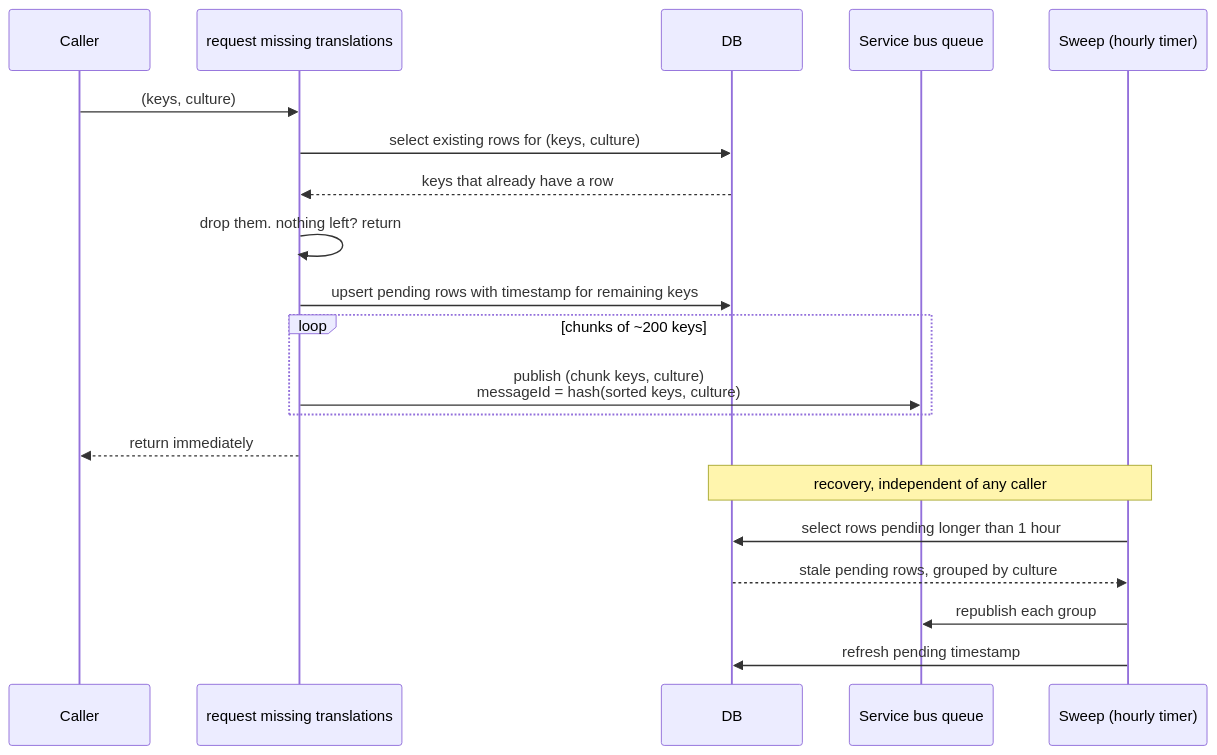
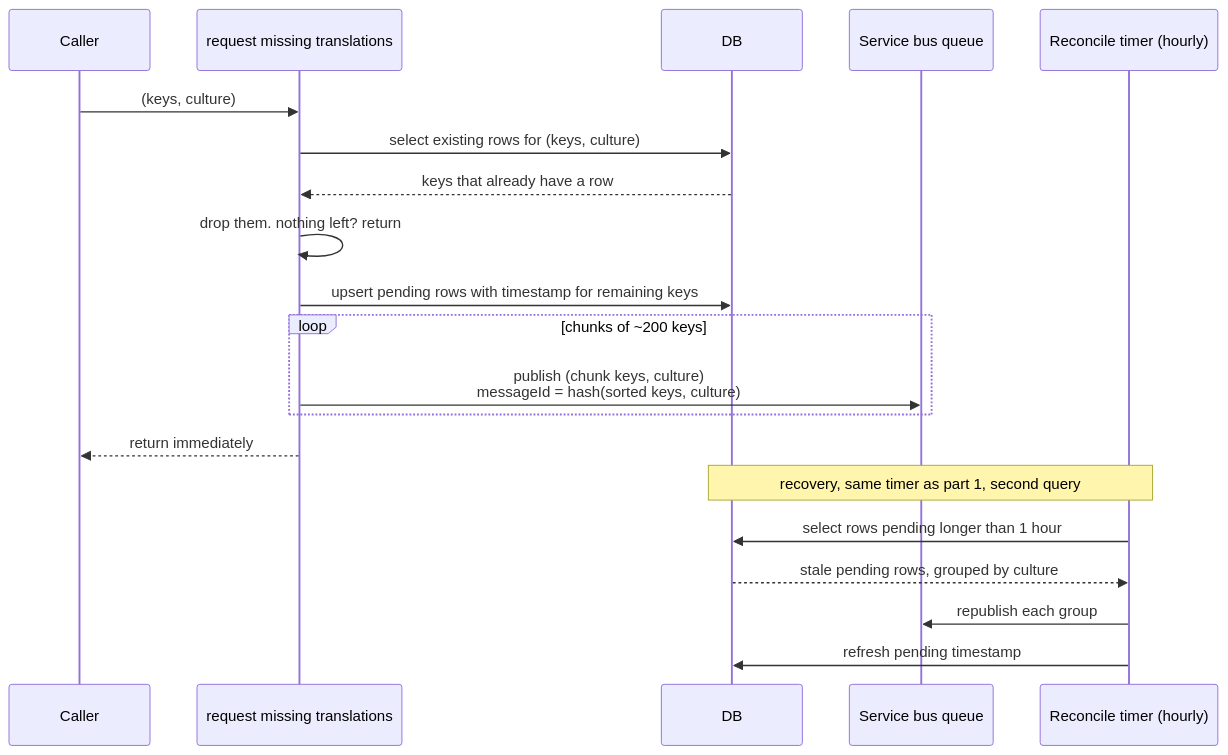
Before and after one commit to rishabh7g/localization-proposal: the diagram in v3/2-request-missing-translations.md, drawn with Mermaid. The commit also changed other lines of this file and 6 other files, not shown here.

Commit message:
v3: hourly reconcile timer replaces the label-insert hook

````diff
--- a/v3/2-request-missing-translations.md
+++ b/v3/2-request-missing-translations.md
@@ -19,25 +20,25 @@
 ```mermaid
 sequenceDiagram
     participant Caller
     participant RMT as request missing translations
     participant DB
     participant Queue as Service bus queue
-    participant Sweep as Sweep (hourly timer)
+    participant Sweep as Reconcile timer (hourly)
 
     Caller->>RMT: (keys, culture)
     RMT->>DB: select existing rows for (keys, culture)
     DB-->>RMT: keys that already have a row
     RMT->>RMT: drop them. nothing left? return
 
     RMT->>DB: upsert pending rows with timestamp for remaining keys
     loop chunks of ~200 keys
         RMT->>Queue: publish (chunk keys, culture)<br/>messageId = hash(sorted keys, culture)
     end
     RMT-->>Caller: return immediately
 
-    Note over DB,Sweep: recovery, independent of any caller
+    Note over DB,Sweep: recovery, same timer as part 1, second query
     Sweep->>DB: select rows pending longer than 1 hour
     DB-->>Sweep: stale pending rows, grouped by culture
     Sweep->>Queue: republish each group
     Sweep->>DB: refresh pending timestamp
 ```
````
